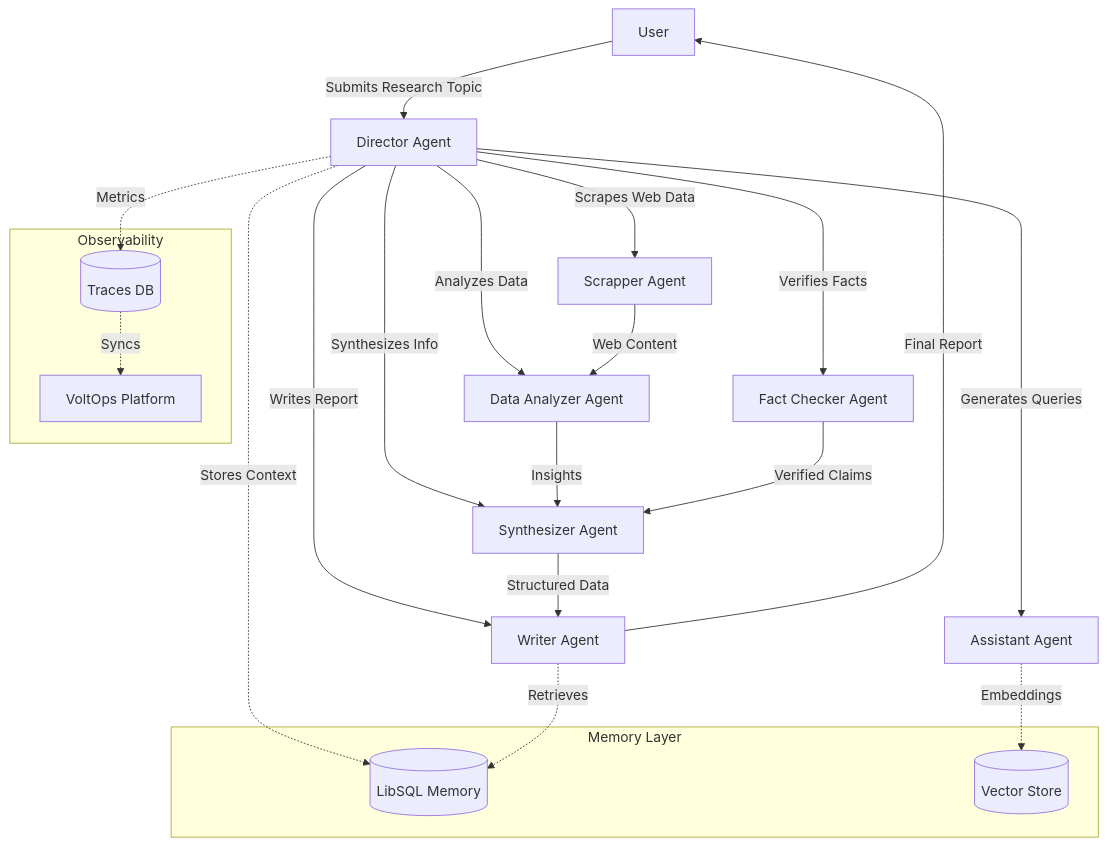
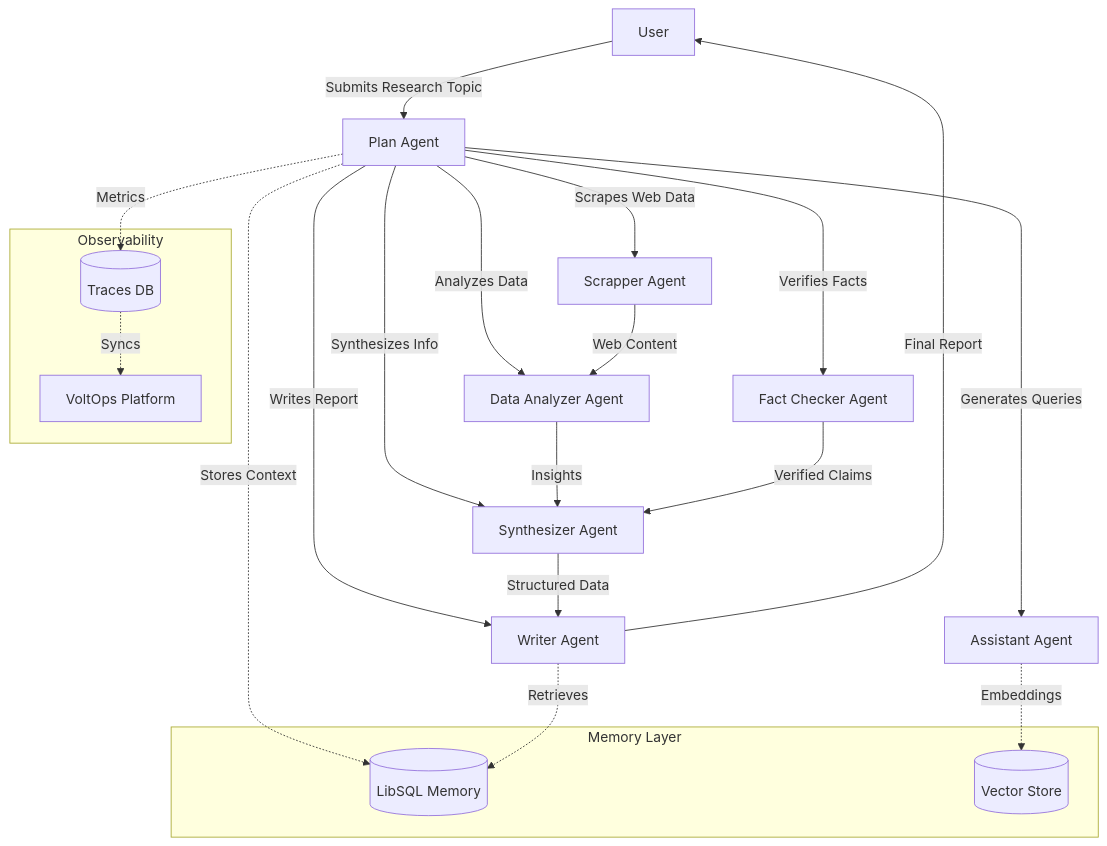
Before and after one commit to ssdeanx/Mastervolt-Deep-Research: the first of 2 diagrams in README.md, drawn with Mermaid. The commit also changed other lines of this file and 33 other files, not shown here.

````diff
--- a/README.md
+++ b/README.md
@@ -57,34 +59,34 @@
 ```mermaid
 %%{init: {'theme': 'dark', 'themeVariables': { 'background': 'transparent', 'primaryColor': '#8B5CF6', 'lineColor': '#3B82F6', 'primaryTextColor': '#ffffff', 'nodeBkg': '#0b0b0d', 'clusterBkg': 'transparent', 'edgeLabelBackground': 'transparent', 'sectionBkgColor': 'transparent', 'altSectionBkgColor': 'transparent', 'textColor': '#ffffff', 'fontFamily':'"Inter", Arial, sans-serif', 'stroke': '#3B82F6' }}}%%
 graph TB
-    User[User] -->|Submits Research Topic| Director[Director Agent]
-    Director -->|Generates Queries| Assistant[Assistant Agent]
-    Director -->|Scrapes Web Data| Scrapper[Scrapper Agent]
-    Director -->|Analyzes Data| DataAnalyzer[Data Analyzer Agent]
-    Director -->|Verifies Facts| FactChecker[Fact Checker Agent]
-    Director -->|Synthesizes Info| Synthesizer[Synthesizer Agent]
-    Director -->|Writes Report| Writer[Writer Agent]
-    
+    User[User] -->|Submits Research Topic| PlanAgent[Plan Agent]
+    PlanAgent -->|Generates Queries| Assistant[Assistant Agent]
+    PlanAgent -->|Scrapes Web Data| Scrapper[Scrapper Agent]
+    PlanAgent -->|Analyzes Data| DataAnalyzer[Data Analyzer Agent]
+    PlanAgent -->|Verifies Facts| FactChecker[Fact Checker Agent]
+    PlanAgent -->|Synthesizes Info| Synthesizer[Synthesizer Agent]
+    PlanAgent -->|Writes Report| Writer[Writer Agent]
+
     Scrapper -->|Web Content| DataAnalyzer
     DataAnalyzer -->|Insights| Synthesizer
     FactChecker -->|Verified Claims| Synthesizer
     Synthesizer -->|Structured Data| Writer
     Writer -->|Final Report| User
-    
+
     subgraph "Memory Layer"
         Memory[(LibSQL Memory)]
         Vector[(Vector Store)]
     end
-    
-    Director -.->|Stores Context| Memory
+
+    PlanAgent -.->|Stores Context| Memory
     Assistant -.->|Embeddings| Vector
     Writer -.->|Retrieves| Memory
-    
+
     subgraph "Observability"
         VoltOps[VoltOps Platform]
         Telemetry[(Traces DB)]
     end
-    
-    Director -.->|Metrics| Telemetry
+
+    PlanAgent -.->|Metrics| Telemetry
     Telemetry -.->|Syncs| VoltOps
 ```
````
